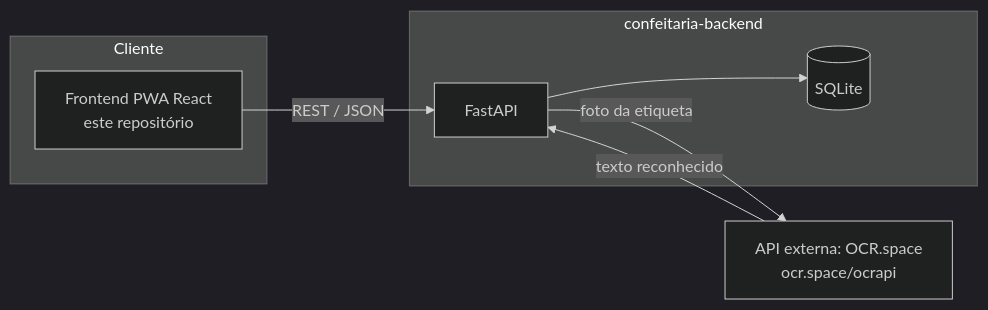
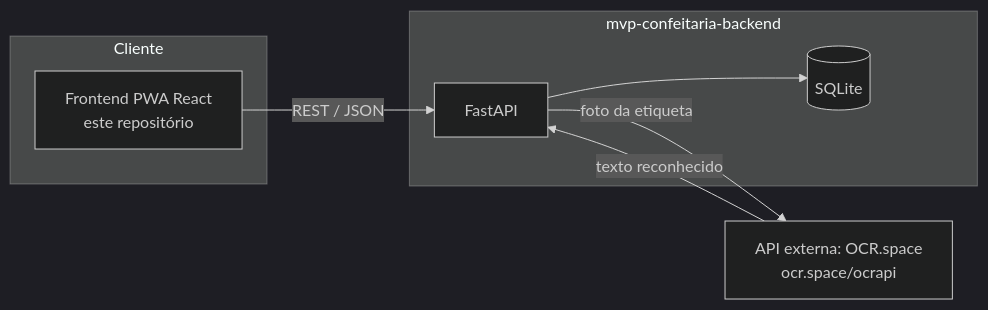
One commit to Arthur5252/mvp-confeitaria-frontend changed the diagram in README.md. Above: the diagram before and after it, drawn with Mermaid (dark theme). The commit also changed other lines of this file, not shown here.

````diff
--- a/README.md
+++ b/README.md
@@ -9,18 +9,18 @@
 ```mermaid
 flowchart LR
     subgraph Cliente
         FE[Frontend PWA React<br/>este repositório]
     end
 
-    subgraph Backend[confeitaria-backend]
+    subgraph Backend[mvp-confeitaria-backend]
         API[FastAPI]
         DB[(SQLite)]
         API --> DB
     end
 
     EXT[API externa: OCR.space<br/>ocr.space/ocrapi]
 
     FE -- REST / JSON --> API
     API -- foto da etiqueta --> EXT
     EXT -- texto reconhecido --> API
 ```
````
